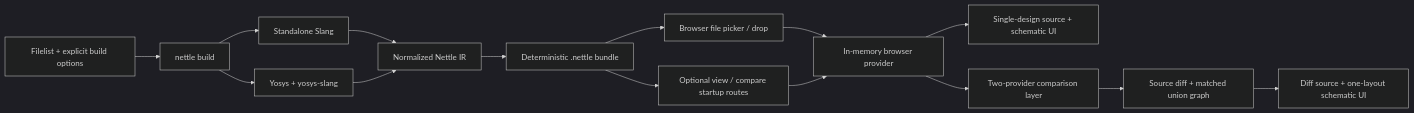
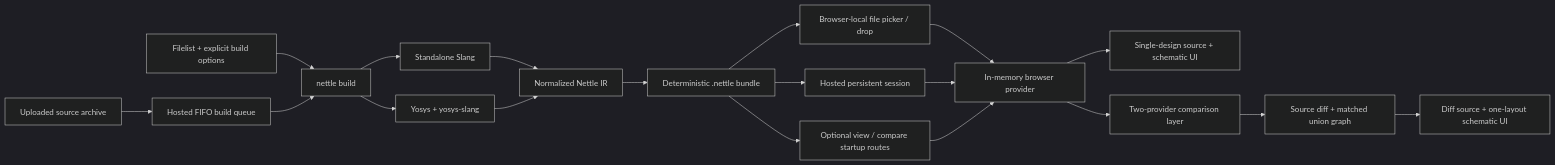
Before and after one commit to xlsynth/nettle: the first of 2 diagrams in ARCHITECTURE.md, drawn with Mermaid (dark theme). The commit also changed other lines of this file and 33 other files, not shown here.

First line of the commit message:
[hosted] Add secure hosted deployment and session workflows (#21)

````diff
--- a/ARCHITECTURE.md
+++ b/ARCHITECTURE.md
@@ -9,17 +9,21 @@
 ```mermaid
 flowchart LR
     F["Filelist + explicit build options"] --> B["nettle build"]
     B --> S["Standalone Slang"]
     B --> Y["Yosys + yosys-slang"]
     S --> I["Normalized Nettle IR"]
     Y --> I
     I --> N["Deterministic .nettle bundle"]
-    N --> P["Browser file picker / drop"]
-    N --> H["Optional view / compare startup routes"]
+    N --> P["Browser-local file picker / drop"]
+    A["Uploaded source archive"] --> Q["Hosted FIFO build queue"]
+    Q --> B
+    N --> H["Hosted persistent session"]
+    N --> L["Optional view / compare startup routes"]
     P --> V["In-memory browser provider"]
     H --> V
+    L --> V
     V --> U["Single-design source + schematic UI"]
     V --> C["Two-provider comparison layer"]
     C --> D["Source diff + matched union graph"]
     D --> U2["Diff source + one-layout schematic UI"]
 ```
````
